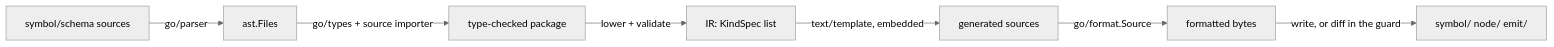
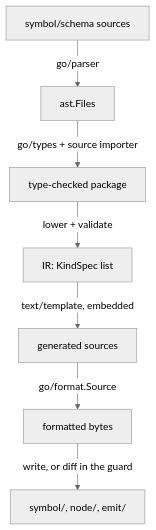
One commit to dokimasia/eidos changed the diagram in docs/rfc/0002-model-generator.md. Above: the diagram before and after it, drawn with Mermaid (neutral theme). The commit also changed other lines of this file and 13 other files, not shown here.

````diff
--- a/docs/rfc/0002-model-generator.md
+++ b/docs/rfc/0002-model-generator.md
@@ -46,9 +47,9 @@
 ```mermaid
-flowchart LR
-    S[symbol/schema sources] -->|go/parser| A[ast.Files]
-    A -->|go/types + source importer| T[type-checked package]
-    T -->|lower + validate| I[IR: KindSpec list]
-    I -->|text/template, embedded| G[generated sources]
-    G -->|go/format.Source| F[formatted bytes]
-    F -->|write, or diff in the guard| O[symbol/ node/ emit/]
+flowchart TD
+    S["symbol/schema sources"] -->|"go/parser"| A["ast.Files"]
+    A -->|"go/types + source importer"| T["type-checked package"]
+    T -->|"lower + validate"| I["IR: KindSpec list"]
+    I -->|"text/template, embedded"| G["generated sources"]
+    G -->|"go/format.Source"| F["formatted bytes"]
+    F -->|"write, or diff in the guard"| O["symbol/, node/, emit/"]
 ```
````
